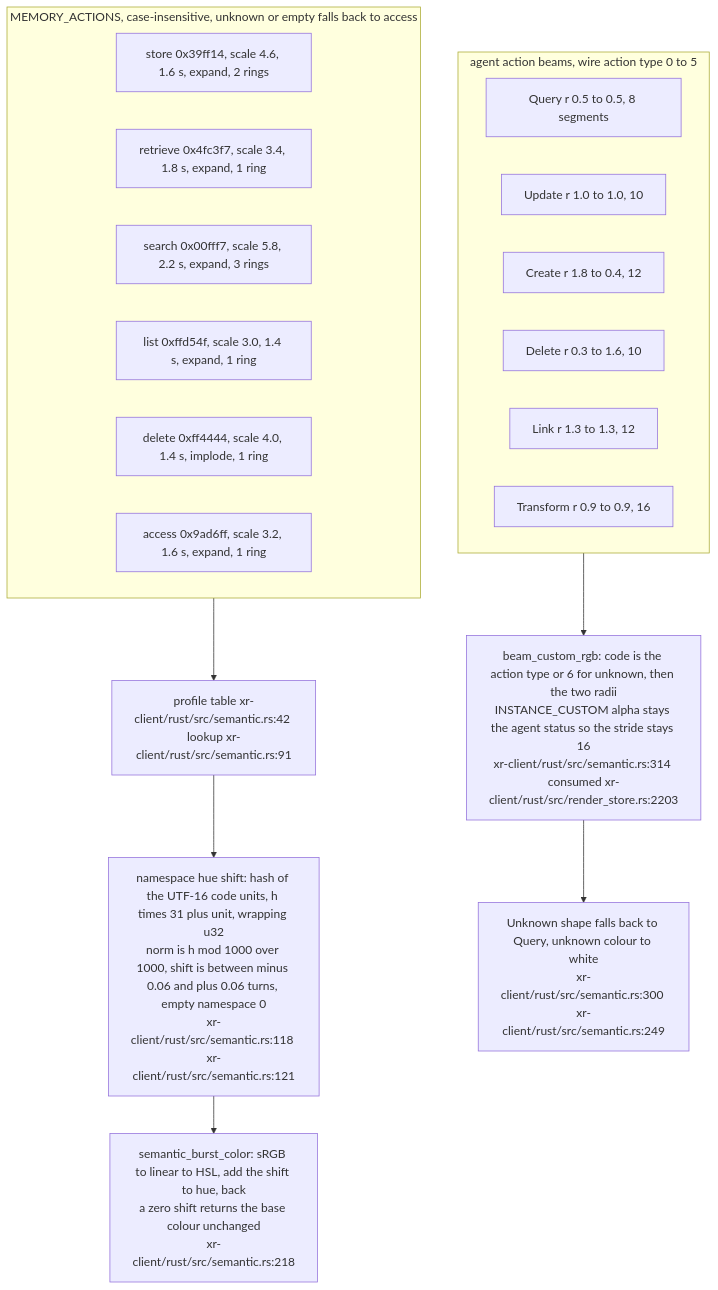
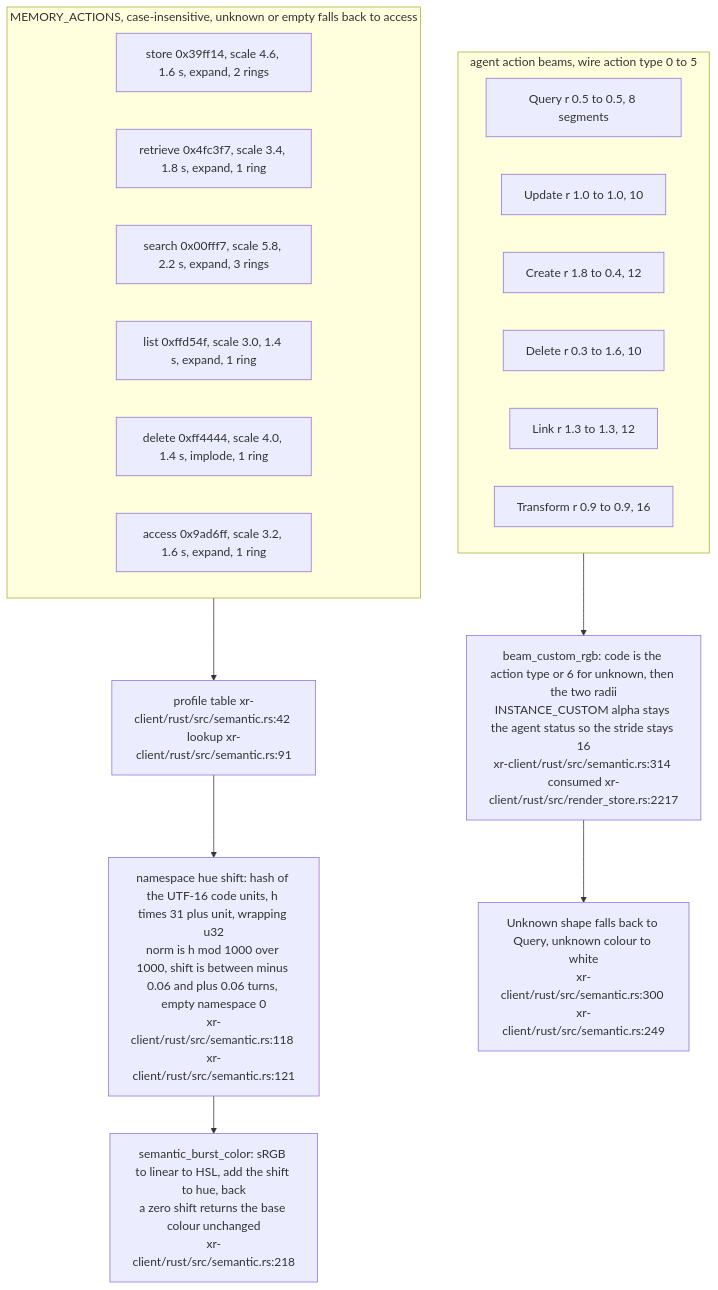
Diagram 19 of 19 in docs/diagrams/visionclaw/38-xr-memory-cloud-internals.md (DreamLab-AI/VisionFlow), drawn with Mermaid before and after one commit. The commit also changed other lines of this file and 24 other files, not shown here.

Commit message:
docs: align XR liveness, filtering and rendering diagrams (#33)

````diff
--- a/docs/diagrams/visionclaw/38-xr-memory-cloud-internals.md
+++ b/docs/diagrams/visionclaw/38-xr-memory-cloud-internals.md
@@ -710,27 +710,27 @@
 ```mermaid
 flowchart TB
     subgraph verbs["MEMORY_ACTIONS, case-insensitive, unknown or empty falls back to access"]
         V0["store 0x39ff14, scale 4.6, 1.6 s, expand, 2 rings"]
         V1["retrieve 0x4fc3f7, scale 3.4, 1.8 s, expand, 1 ring"]
         V2["search 0x00fff7, scale 5.8, 2.2 s, expand, 3 rings"]
         V3["list 0xffd54f, scale 3.0, 1.4 s, expand, 1 ring"]
         V4["delete 0xff4444, scale 4.0, 1.4 s, implode, 1 ring"]
         V5["access 0x9ad6ff, scale 3.2, 1.6 s, expand, 1 ring"]
     end
     SRC["profile table xr-client/rust/src/semantic.rs:42 lookup xr-client/rust/src/semantic.rs:91"]
     HUE["namespace hue shift: hash of the UTF-16 code units, h times 31 plus unit, wrapping u32<br/>norm is h mod 1000 over 1000, shift is between minus 0.06 and plus 0.06 turns, empty namespace 0<br/>xr-client/rust/src/semantic.rs:118 xr-client/rust/src/semantic.rs:121"]
     COL["semantic_burst_color: sRGB to linear to HSL, add the shift to hue, back<br/>a zero shift returns the base colour unchanged<br/>xr-client/rust/src/semantic.rs:218"]
     subgraph beams["agent action beams, wire action type 0 to 5"]
         B0["Query r 0.5 to 0.5, 8 segments"]
         B1["Update r 1.0 to 1.0, 10"]
         B2["Create r 1.8 to 0.4, 12"]
         B3["Delete r 0.3 to 1.6, 10"]
         B4["Link r 1.3 to 1.3, 12"]
         B5["Transform r 0.9 to 0.9, 16"]
     end
-    BEAM["beam_custom_rgb: code is the action type or 6 for unknown, then the two radii<br/>INSTANCE_CUSTOM alpha stays the agent status so the stride stays 16<br/>xr-client/rust/src/semantic.rs:314 consumed xr-client/rust/src/render_store.rs:2203"]
+    BEAM["beam_custom_rgb: code is the action type or 6 for unknown, then the two radii<br/>INSTANCE_CUSTOM alpha stays the agent status so the stride stays 16<br/>xr-client/rust/src/semantic.rs:314 consumed xr-client/rust/src/render_store.rs:2217"]
     verbs --> SRC --> HUE --> COL
     beams --> BEAM
     N1["Unknown shape falls back to Query, unknown colour to white<br/>xr-client/rust/src/semantic.rs:300 xr-client/rust/src/semantic.rs:249"]
     BEAM --> N1
 ```
````
